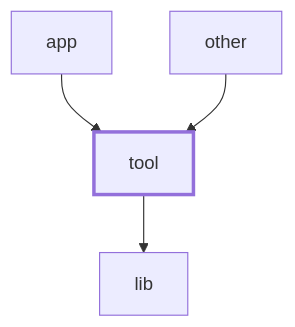
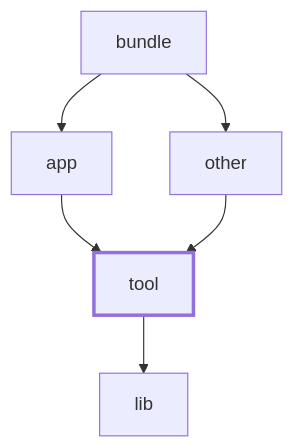
The second of 2 diagrams in content/linux/distributions/nixos/derivations.md (d3vs3c00ps/docs), drawn with Mermaid before and after one commit. The commit also changed other lines of this file and 1 other file, not shown here.

````diff
--- a/content/linux/distributions/nixos/derivations.md
+++ b/content/linux/distributions/nixos/derivations.md
@@ -324,8 +325,10 @@
 ```mermaid
 flowchart TB
+    bundle --> app
+    bundle --> other
     app --> tool
     other --> tool
     tool --> lib
     classDef focus stroke-width:3px
     class tool focus
 ```
````
